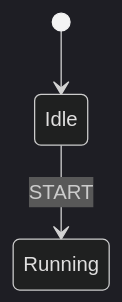
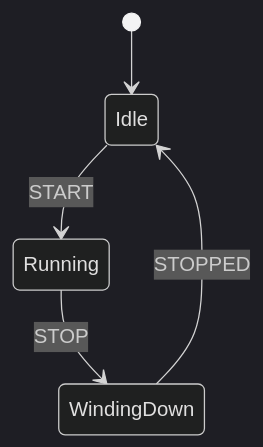
One commit to fletchjp/StateMachine changed the diagram in EmbeddedTemplateLibrary/Example_4_StateMachine/README.md. Above: the diagram before and after it, drawn with Mermaid (dark theme).

Commit message:
Update README.md
add to diagram

````diff
--- a/EmbeddedTemplateLibrary/Example_4_StateMachine/README.md
+++ b/EmbeddedTemplateLibrary/Example_4_StateMachine/README.md
@@ -10,5 +10,7 @@
 ```mermaid
 stateDiagram-v2
    [*] --> Idle
    Idle --> Running : START
+   Running --> WindingDown : STOP
+   WindingDown --> Idle : STOPPED
 ```
````
